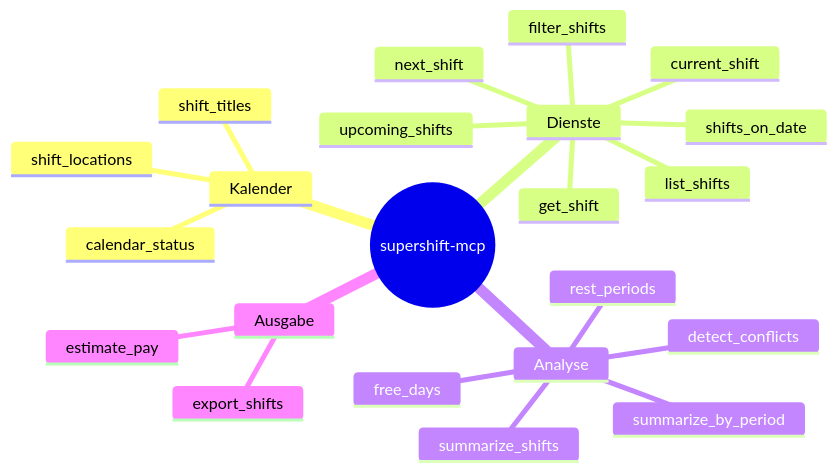
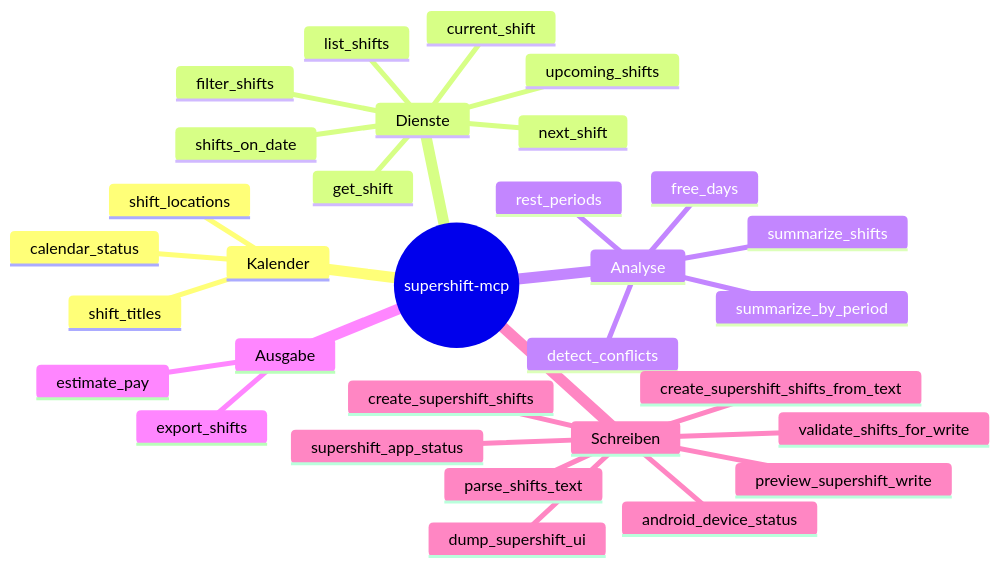
One commit to Zyrial96/supershift-mcp changed the fourth of 7 diagrams in README.md. Above: the diagram before and after it, drawn with Mermaid. The commit also changed other lines of this file and 6 other files, not shown here.

Commit message:
Add Supershift write automation backend

````diff
--- a/README.md
+++ b/README.md
@@ -238,25 +246,34 @@
 ```mermaid
 mindmap
   root((supershift-mcp))
     Kalender
       calendar_status
       shift_titles
       shift_locations
     Dienste
       list_shifts
       filter_shifts
       get_shift
       current_shift
       shifts_on_date
       next_shift
       upcoming_shifts
     Analyse
       summarize_shifts
       summarize_by_period
       detect_conflicts
       rest_periods
       free_days
     Ausgabe
       export_shifts
       estimate_pay
+    Schreiben
+      parse_shifts_text
+      validate_shifts_for_write
+      android_device_status
+      supershift_app_status
+      dump_supershift_ui
+      preview_supershift_write
+      create_supershift_shifts
+      create_supershift_shifts_from_text
 ```
````
